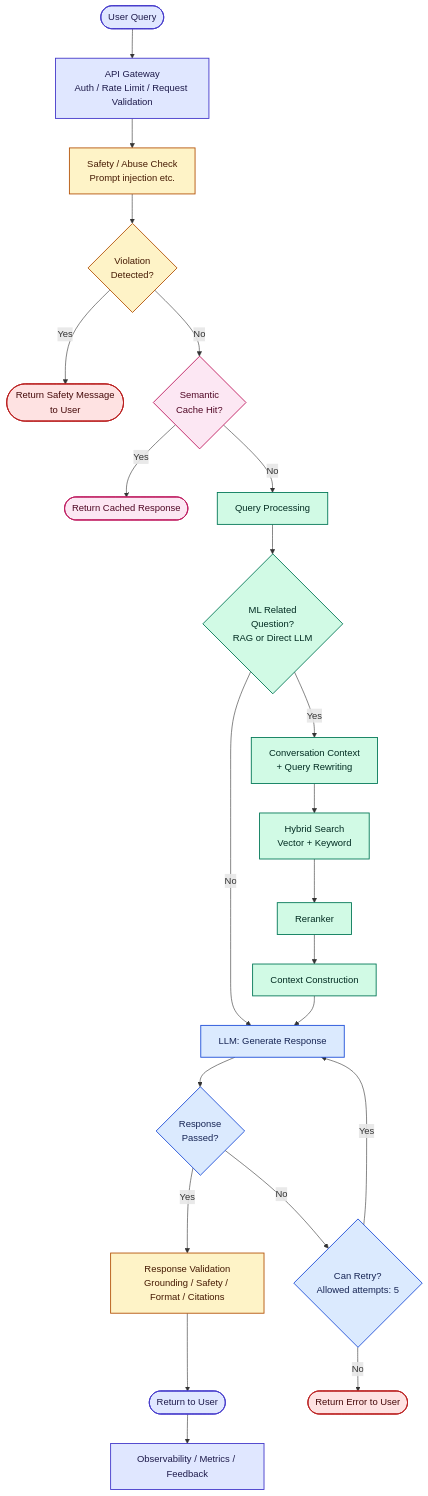
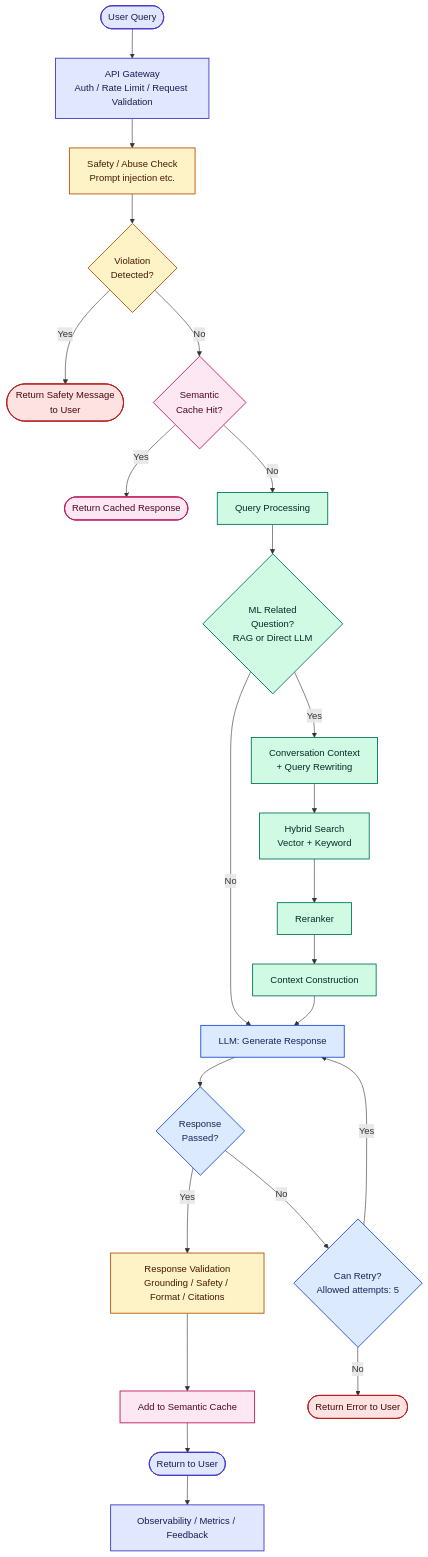
Before and after one commit to KushagraKumarSinha/Chatbot_Architecture_V2: the diagram in README.md, drawn with Mermaid.

Commit message:
Added "Add to semantic cache" block

````diff
--- a/README.md
+++ b/README.md
@@ -2,36 +2,37 @@
 ```mermaid
 flowchart TD
     A(["User Query"]) --> B["API Gateway<br/>Auth / Rate Limit / Request Validation"]
     B --> C["Safety / Abuse Check<br/>Prompt injection etc."]
     C --> C1{"Violation<br/>Detected?"}
     C1 -->|Yes| C2(["Return Safety Message<br/>to User"])
     C1 -->|No| D{"Semantic<br/>Cache Hit?"}
     D -->|Yes| E(["Return Cached Response"])
     D -->|No| F["Query Processing"]
     F --> G{"ML Related<br/>Question?<br/>RAG or Direct LLM"}
     G -->|No| L["LLM: Generate Response"]
     G -->|Yes| H["Conversation Context<br/>+ Query Rewriting"]
     H --> I["Hybrid Search<br/>Vector + Keyword"]
     I --> J["Reranker"]
     J --> K["Context Construction"]
     K --> L
     L --> P{"Response<br/>Passed?"}
     P -->|Yes| M["Response Validation<br/>Grounding / Safety / Format / Citations"]
     P -->|No| Q{"Can Retry?<br/>Allowed attempts: 5"}
     Q -->|Yes| L
     Q -->|No| R(["Return Error to User"])
-    M --> N(["Return to User"])
+    M --> S["Add to Semantic Cache"]
+    S --> N(["Return to User"])
     N --> O["Observability / Metrics / Feedback"]
     classDef entry fill:#e0e7ff,stroke:#4338ca,stroke-width:1.5px,color:#1e1b4b
     classDef security fill:#fef3c7,stroke:#b45309,stroke-width:1.5px,color:#451a03
     classDef cache fill:#fce7f3,stroke:#be185d,stroke-width:1.5px,color:#500724
     classDef retrieval fill:#d1fae5,stroke:#047857,stroke-width:1.5px,color:#022c22
     classDef generation fill:#dbeafe,stroke:#1d4ed8,stroke-width:1.5px,color:#172554
     classDef errorpath fill:#fee2e2,stroke:#b91c1c,stroke-width:1.5px,color:#450a0a
     class A,B,N,O entry
     class C,C1,M security
     class C2,R errorpath
-    class D,E cache
+    class D,E,S cache
     class F,G,H,I,J,K retrieval
     class L,P,Q generation
 ```
````
